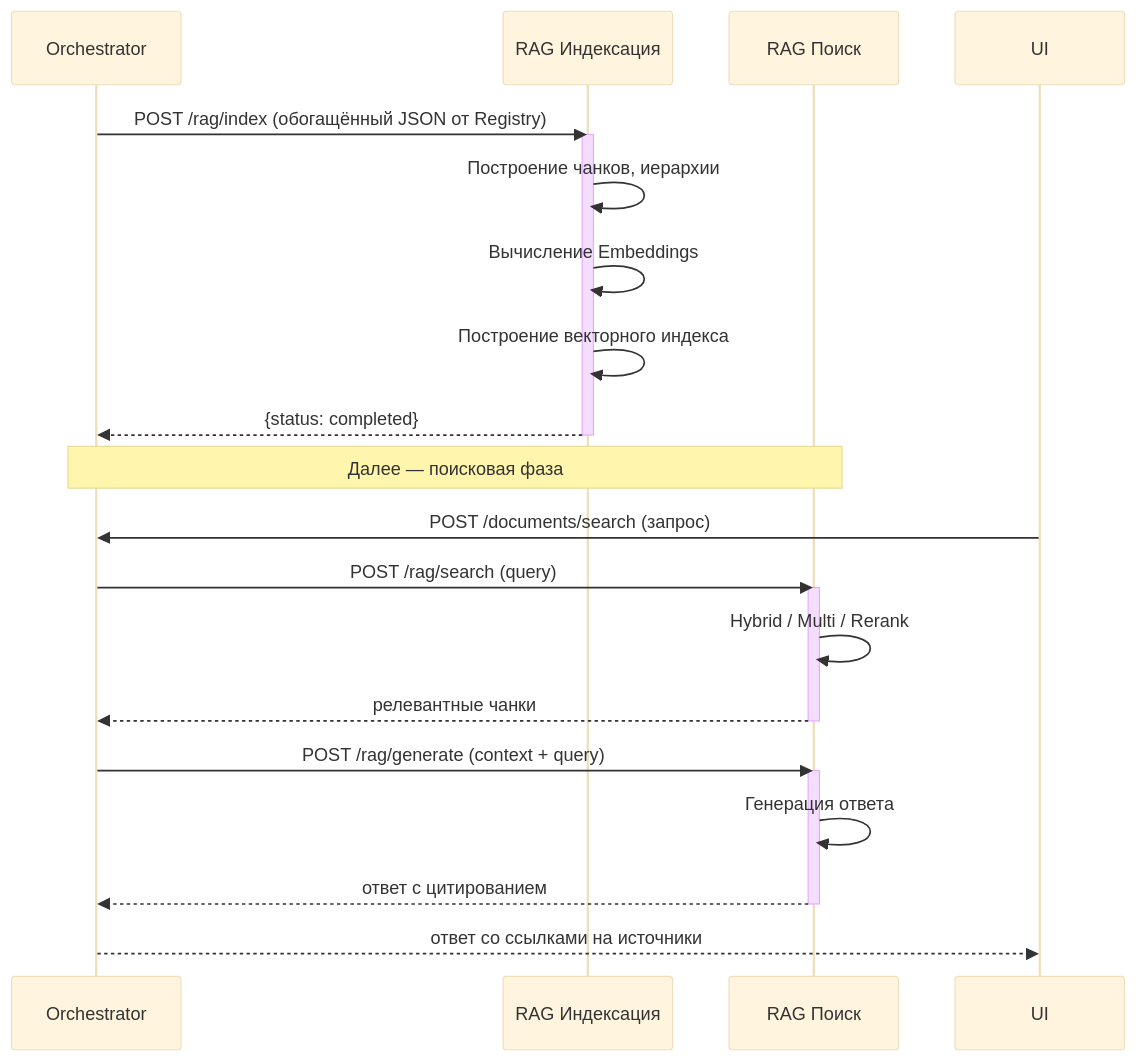
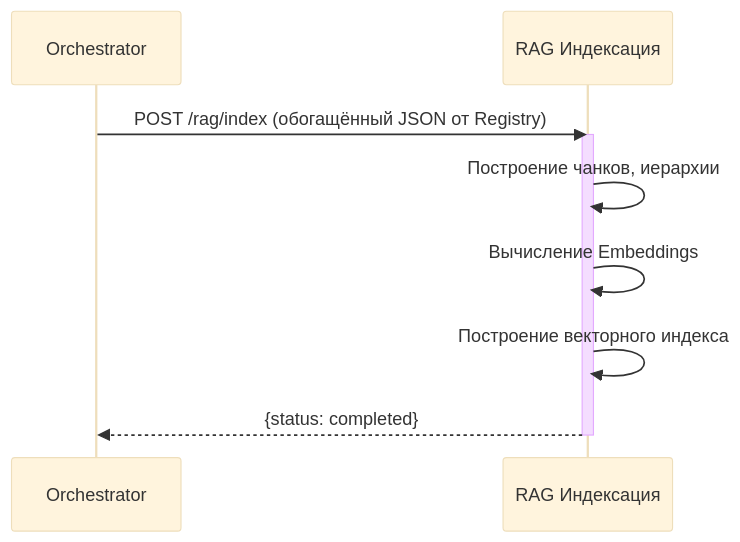
Before and after one commit to MasterKSAF/PKB: the diagram in docs/pipelines/pipeline2-indexation.md, drawn with Mermaid (base theme). The commit also changed other lines of this file and 6 other files, not shown here.

First line of the commit message:
refactor: split RAG search from LLM generation, async query pipeline

````diff
--- a/docs/pipelines/pipeline2-indexation.md
+++ b/docs/pipelines/pipeline2-indexation.md
@@ -7,31 +7,13 @@
 ```mermaid
 sequenceDiagram
     participant Orch as Orchestrator
     participant RAGi as RAG Индексация
-    participant RAGs as RAG Поиск
 
     Orch->>RAGi: POST /rag/index (обогащённый JSON от Registry)
     activate RAGi
     RAGi->>RAGi: Построение чанков, иерархии
     RAGi->>RAGi: Вычисление Embeddings
     RAGi->>RAGi: Построение векторного индекса
     RAGi-->>Orch: {status: completed}
     deactivate RAGi
-
-    Note over Orch,RAGs: Далее — поисковая фаза
-
-    UI->>Orch: POST /documents/search (запрос)
-    Orch->>RAGs: POST /rag/search (query)
-    activate RAGs
-    RAGs->>RAGs: Hybrid / Multi / Rerank
-    RAGs-->>Orch: релевантные чанки
-    deactivate RAGs
-
-    Orch->>RAGs: POST /rag/generate (context + query)
-    activate RAGs
-    RAGs->>RAGs: Генерация ответа
-    RAGs-->>Orch: ответ с цитированием
-    deactivate RAGs
-
-    Orch-->>UI: ответ со ссылками на источники
 ```
````
